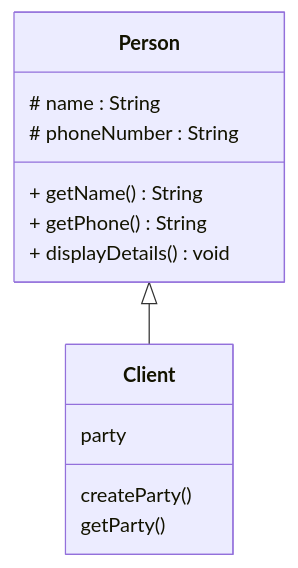
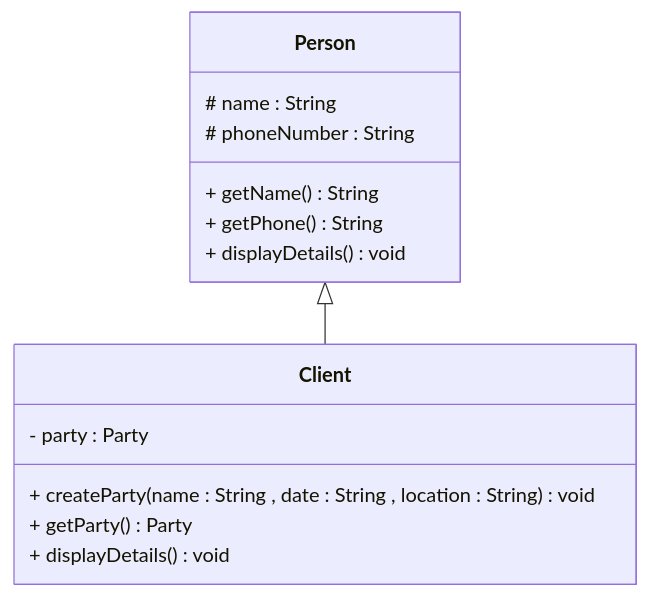
One commit to Aljawharah46/CSC113-project-P1 changed the diagram in README.md. Above: the diagram before and after it, drawn with Mermaid.

````diff
--- a/README.md
+++ b/README.md
@@ -2,18 +2,19 @@
 ```mermaid
 classDiagram
 class Person{
 # name : String
 # phoneNumber : String
 + getName() String
 + getPhone() String
 + displayDetails() void
 }
 
 class Client{
-party
-createParty()
-getParty()
+- party : Party
++ createParty(name : String , date : String , location : String) void
++ getParty() Party
++ displayDetails() void
 }
 
 Person <|-- Client
 ```
````
